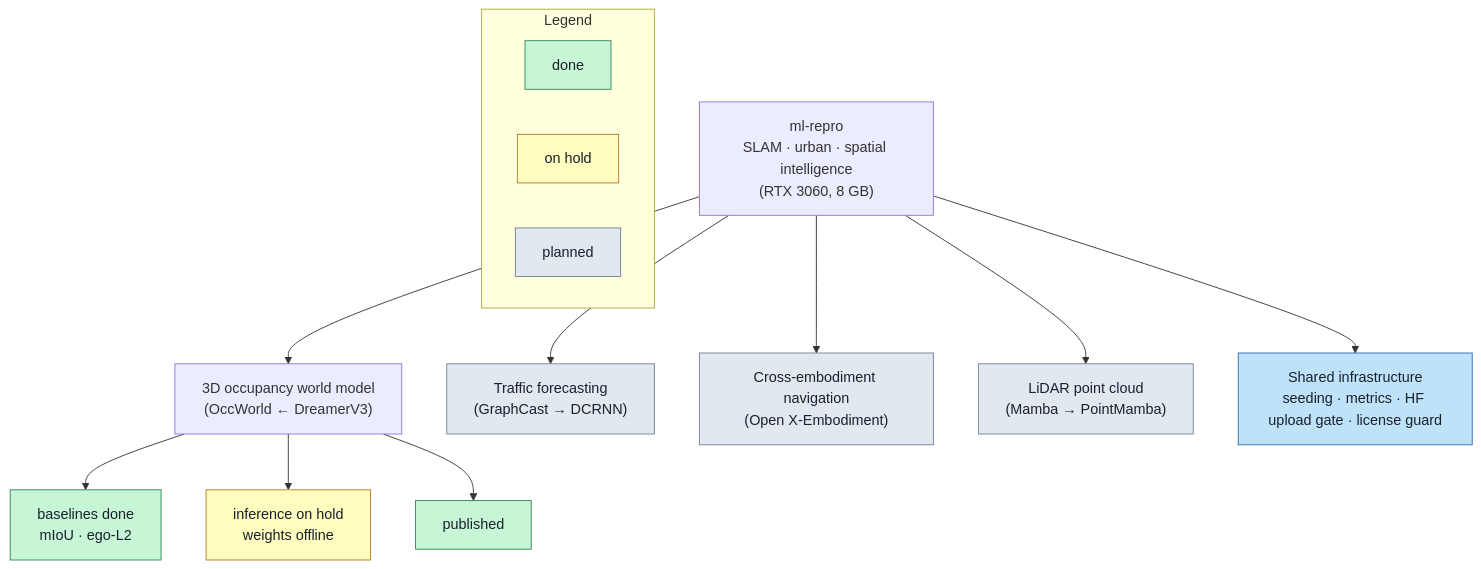
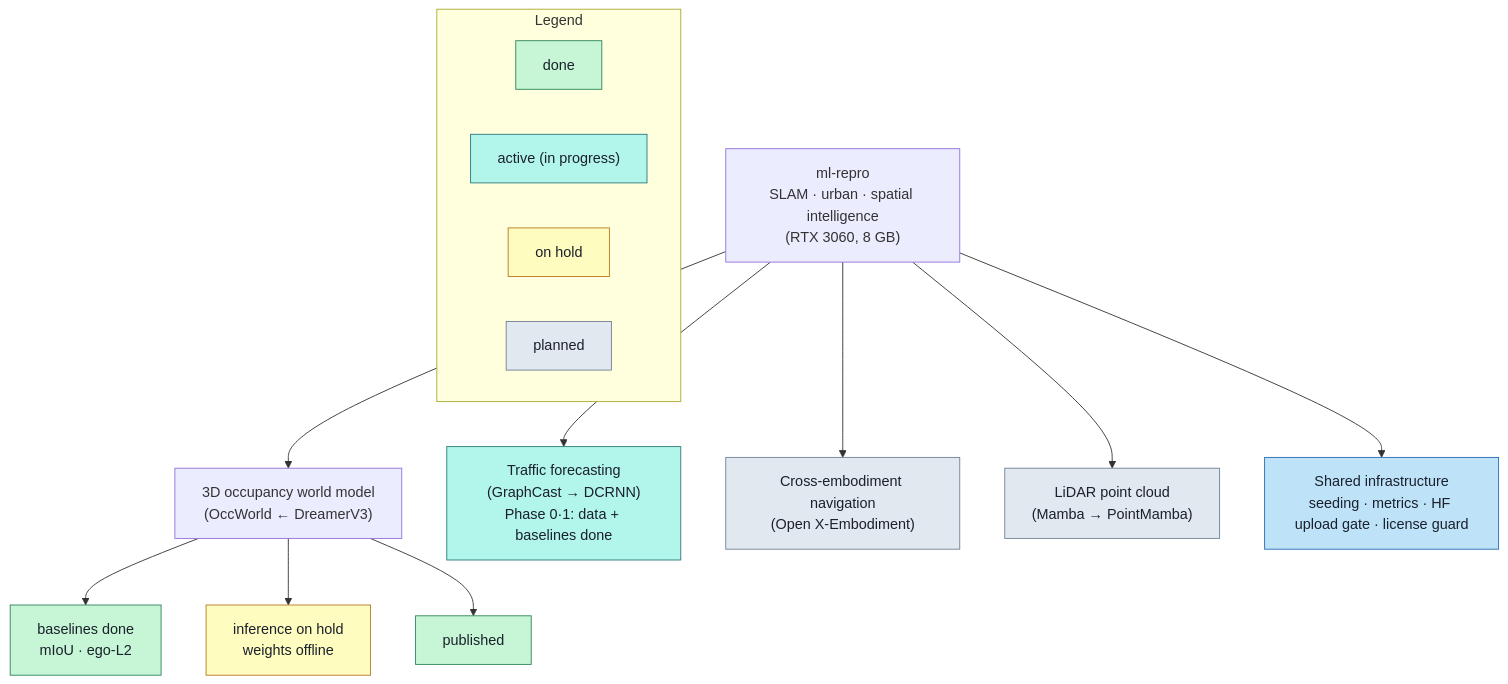
The first of 2 diagrams in README.md (urbsn4i-sw/ml-repro), drawn with Mermaid before and after one commit. The commit also changed other lines of this file and 1 other file, not shown here.

First line of the commit message:
docs: sync root README (EN/KO) — traffic task status matches reality

````diff
--- a/README.md
+++ b/README.md
@@ -18,26 +18,28 @@
 ```mermaid
 flowchart TB
   root["ml-repro<br/>SLAM · urban · spatial intelligence<br/>(RTX 3060, 8 GB)"]
 
   root --> occ["3D occupancy world model<br/>(OccWorld ← DreamerV3)"]
   occ --> occ1["baselines done<br/>mIoU · ego-L2"]:::done
   occ --> occ2["inference on hold<br/>weights offline"]:::onhold
   occ --> occ3["published"]:::done
 
-  root --> t1["Traffic forecasting<br/>(GraphCast → DCRNN)"]:::planned
+  root --> t1["Traffic forecasting<br/>(GraphCast → DCRNN)<br/>Phase 0·1: data + baselines done"]:::active
   root --> t2["Cross-embodiment navigation<br/>(Open X-Embodiment)"]:::planned
   root --> t3["LiDAR point cloud<br/>(Mamba → PointMamba)"]:::planned
 
   root --> infra["Shared infrastructure<br/>seeding · metrics · HF upload gate · license guard"]:::infra
 
   subgraph Legend
     Ld["done"]:::done
+    La["active (in progress)"]:::active
     Lh["on hold"]:::onhold
     Lp["planned"]:::planned
   end
 
   classDef done fill:#c6f6d5,stroke:#2f855a,color:#1a202c;
+  classDef active fill:#b2f5ea,stroke:#2c7a7b,color:#1a202c;
   classDef onhold fill:#fefcbf,stroke:#b7791f,color:#1a202c;
   classDef planned fill:#e2e8f0,stroke:#718096,color:#1a202c;
   classDef infra fill:#bee3f8,stroke:#2b6cb0,color:#1a202c;
 ```
````
